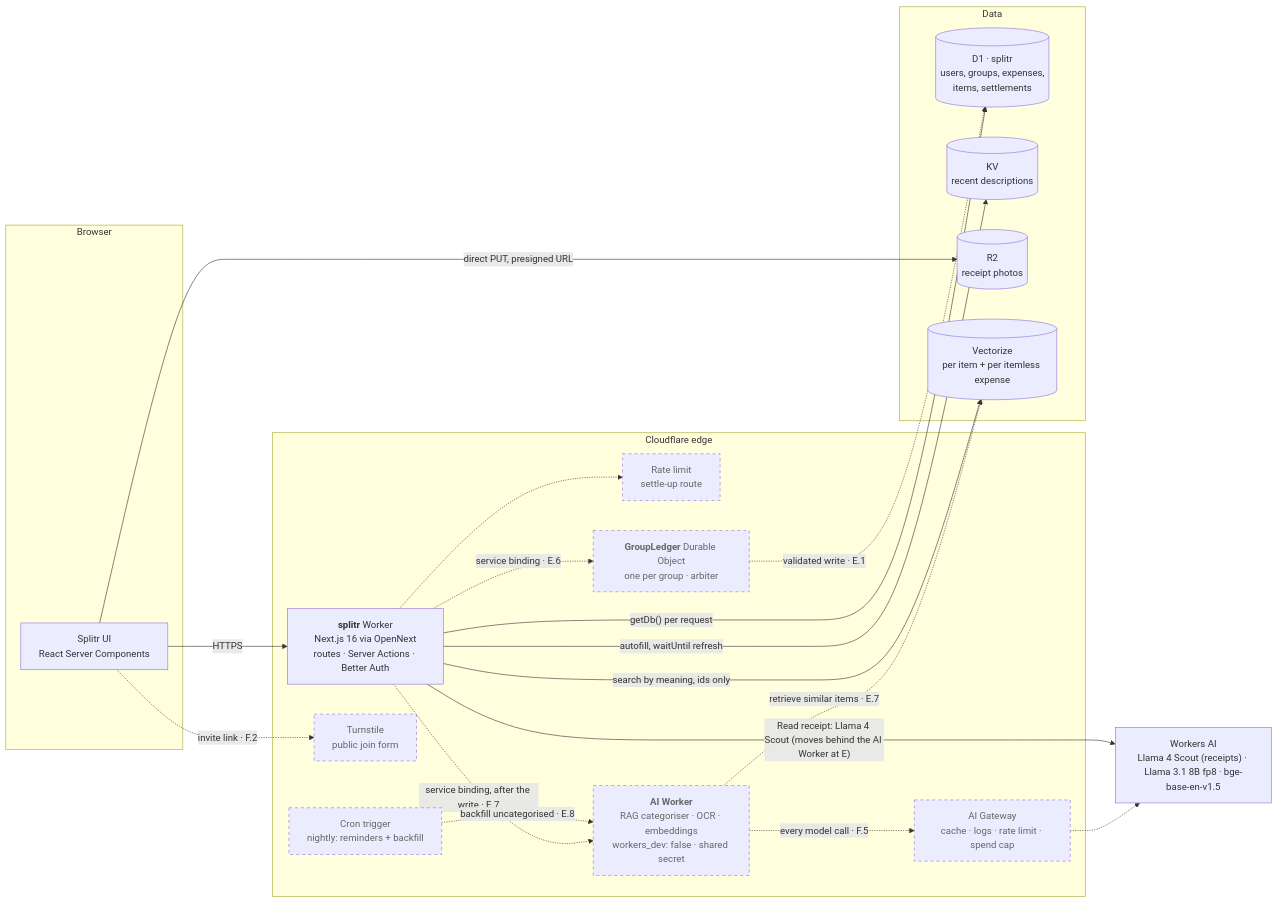
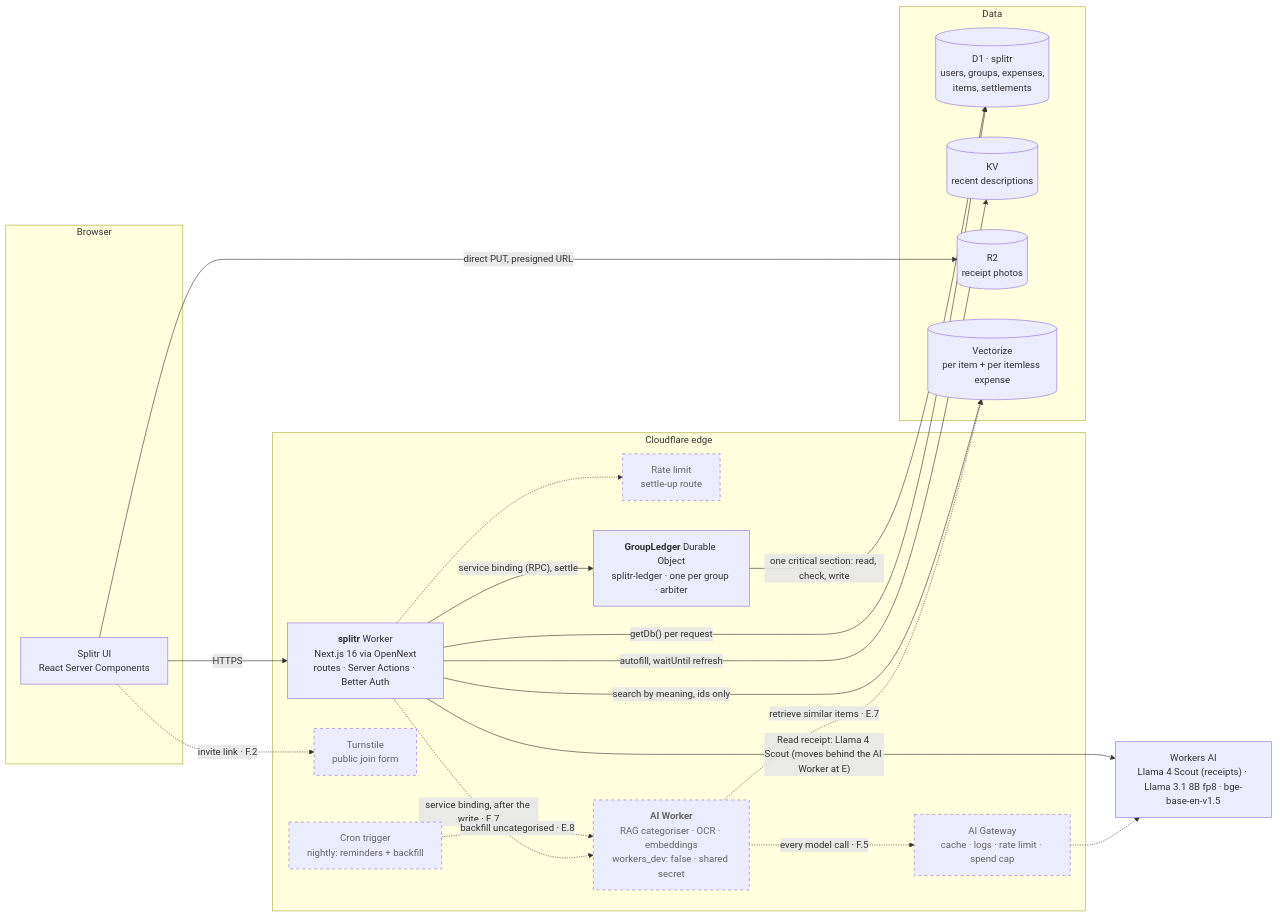
One commit to rafio-dgn/splitr changed the first of 9 diagrams in README.md. Above: the diagram before and after it, drawn with Mermaid. The commit also changed other lines of this file and 10 other files, not shown here.

````diff
--- a/README.md
+++ b/README.md
@@ -93,44 +93,44 @@
 ```mermaid
 flowchart LR
     subgraph client["Browser"]
         UI["Splitr UI<br/>React Server Components"]
     end
 
     subgraph edge["Cloudflare edge"]
         APP["<b>splitr</b> Worker<br/>Next.js 16 via OpenNext<br/>routes · Server Actions · Better Auth"]
         TS["Turnstile<br/>public join form"]
         RL["Rate limit<br/>settle-up route"]
-        DO["<b>GroupLedger</b> Durable Object<br/>one per group · arbiter"]
+        DO["<b>GroupLedger</b> Durable Object<br/>splitr-ledger · one per group · arbiter"]
         AIW["<b>AI Worker</b><br/>RAG categoriser · OCR · embeddings<br/>workers_dev: false · shared secret"]
         CRON["Cron trigger<br/>nightly: reminders + backfill"]
         GW["AI Gateway<br/>cache · logs · rate limit · spend cap"]
     end
 
     subgraph data["Data"]
         D1[("D1 · splitr<br/>users, groups, expenses,<br/>items, settlements")]
         KV[("KV<br/>recent descriptions")]
         R2[("R2<br/>receipt photos")]
         VEC[("Vectorize<br/>per item + per itemless expense")]
     end
 
     WAI["Workers AI<br/>Llama 4 Scout (receipts) · Llama 3.1 8B fp8 · bge-base-en-v1.5"]
 
     UI -->|"HTTPS"| APP
     APP -->|"getDb() per request"| D1
     UI -->|"direct PUT, presigned URL"| R2
     UI -.->|"invite link · F.2"| TS
     APP -->|"autofill, waitUntil refresh"| KV
-    APP -.->|"service binding · E.6"| DO
+    APP -->|"service binding (RPC), settle"| DO
     APP -.-> RL
-    DO -.->|"validated write · E.1"| D1
+    DO -->|"one critical section: read, check, write"| D1
     APP -.->|"service binding, after the write · E.7"| AIW
     AIW -.->|"retrieve similar items · E.7"| VEC
     APP -->|"search by meaning, ids only"| VEC
     AIW -.->|"every model call · F.5"| GW
     GW -.-> WAI
     APP -->|"Read receipt: Llama 4 Scout (moves behind the AI Worker at E)"| WAI
     CRON -.->|"backfill uncategorised · E.8"| AIW
 
     classDef planned stroke-dasharray: 5 5,color:#666
-    class TS,RL,DO,AIW,CRON,GW planned
+    class TS,RL,AIW,CRON,GW planned
 ```
````
